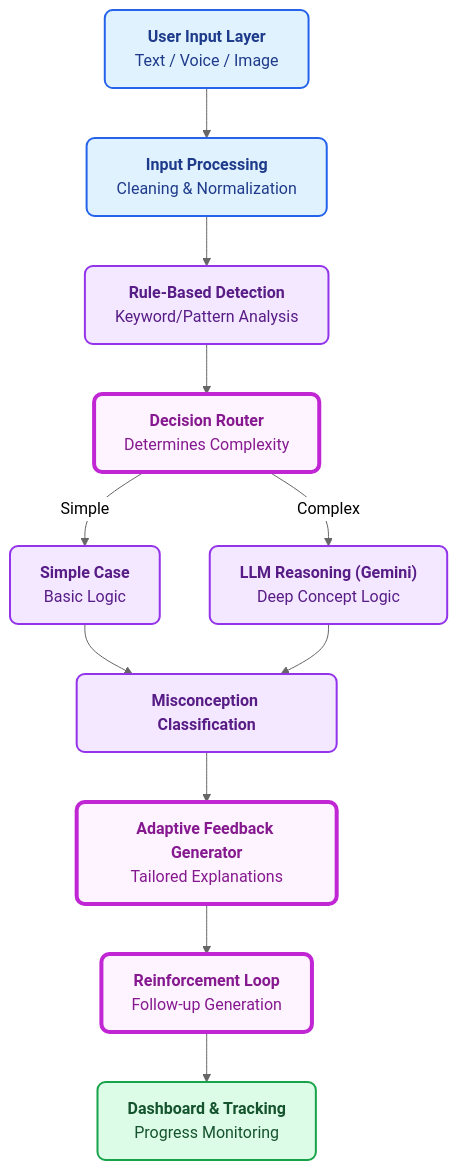
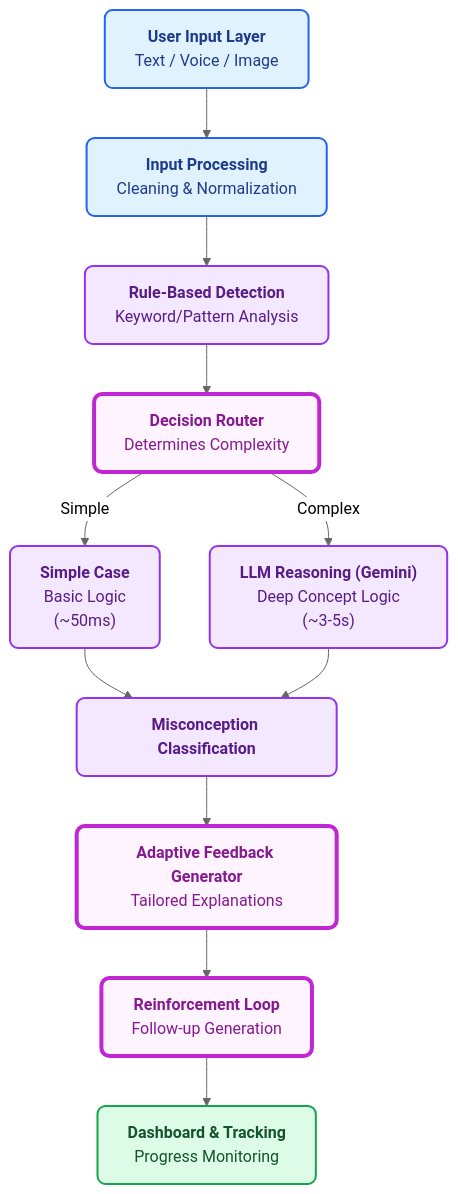
Before and after one commit to Wish0604/AMCE: the diagram in README.md, drawn with Mermaid (neutral theme). The commit also changed other lines of this file and 20 other files, not shown here.

Commit message:
Add challenge quiz flow, multilingual voice input, and localized UI

````diff
--- a/README.md
+++ b/README.md
@@ -21,18 +24,18 @@
 ```mermaid
 graph TD
     classDef input fill:#e0f2fe,stroke:#2563eb,stroke-width:2px,color:#1e3a8a,rx:8px,ry:8px;
     classDef ailayer fill:#f3e8ff,stroke:#9333ea,stroke-width:2px,color:#581c87,rx:8px,ry:8px;
     classDef highlight fill:#fdf4ff,stroke:#c026d3,stroke-width:4px,color:#86198f,rx:8px,ry:8px;
     classDef output fill:#dcfce7,stroke:#16a34a,stroke-width:2px,color:#14532d,rx:8px,ry:8px;
 
-    A["<b>User Input Layer</b><br>Text / Voice / Image"]:::input --> B["<b>Input Processing</b><br>Cleaning & Normalization"]:::input
-    B --> C["<b>Rule-Based Detection</b><br>Keyword/Pattern Analysis"]:::ailayer
-    C --> D["<b>Decision Router</b><br>Determines Complexity"]:::highlight
-    D -->|Simple| E["<b>Simple Case</b><br>Basic Logic"]:::ailayer
-    D -->|Complex| F["<b>LLM Reasoning (Gemini)</b><br>Deep Concept Logic"]:::ailayer
+    A["<b>User Input Layer</b><br/>Text / Voice / Image"]:::input --> B["<b>Input Processing</b><br/>Cleaning & Normalization"]:::input
+    B --> C["<b>Rule-Based Detection</b><br/>Keyword/Pattern Analysis"]:::ailayer
+    C --> D["<b>Decision Router</b><br/>Determines Complexity"]:::highlight
+    D -->|Simple| E["<b>Simple Case</b><br/>Basic Logic<br/>(~50ms)"]:::ailayer
+    D -->|Complex| F["<b>LLM Reasoning (Gemini)</b><br/>Deep Concept Logic<br/>(~3-5s)"]:::ailayer
     E --> H["<b>Misconception Classification</b>"]:::ailayer
     F --> H
-    H --> I["<b>Adaptive Feedback Generator</b><br>Tailored Explanations"]:::highlight
-    I --> J["<b>Reinforcement Loop</b><br>Follow-up Generation"]:::highlight
-    J --> K["<b>Dashboard & Tracking</b><br>Progress Monitoring"]:::output
+    H --> I["<b>Adaptive Feedback Generator</b><br/>Tailored Explanations"]:::highlight
+    I --> J["<b>Reinforcement Loop</b><br/>Follow-up Generation"]:::highlight
+    J --> K["<b>Dashboard & Tracking</b><br/>Progress Monitoring"]:::output
 ```
````
